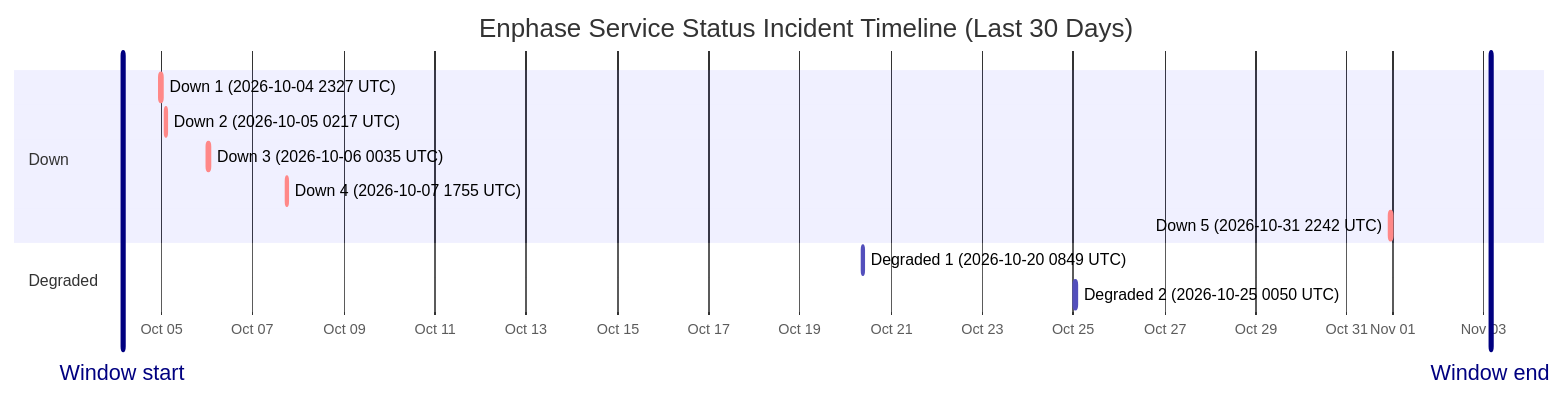
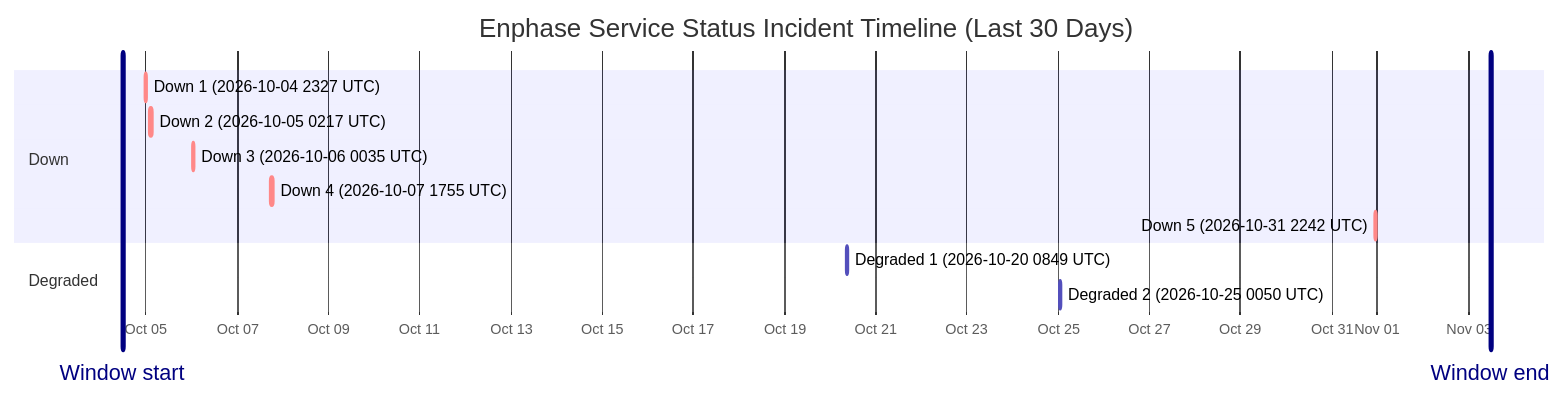
Before and after one commit to barneyonline/ha-enphase-energy: the diagram in wiki/Service-Status-History.md, drawn with Mermaid. The commit also changed other lines of this file and 3 other files, not shown here.

````diff
--- a/wiki/Service-Status-History.md
+++ b/wiki/Service-Status-History.md
@@ -14,17 +14,17 @@
 ```mermaid
 gantt
     title Enphase Service Status Incident Timeline (Last 30 Days)
     dateFormat  YYYY-MM-DDTHH:mm:ss
     axisFormat  %b %d
-    Window start :vert, window-start, 2026-10-04T03:35:15, 0ms
-    Window end :vert, window-end, 2026-11-03T03:35:15, 0ms
+    Window start :vert, window-start, 2026-10-04T11:37:40, 0ms
+    Window end :vert, window-end, 2026-11-03T11:37:40, 0ms
     section Down
     Down 1 (2026-10-04 2327 UTC) :crit, down-1, 2026-10-04T23:27:34, 60m
     Down 2 (2026-10-05 0217 UTC) :crit, down-2, 2026-10-05T02:17:30, 60m
     Down 3 (2026-10-06 0035 UTC) :crit, down-3, 2026-10-06T00:35:21, 60m
     Down 4 (2026-10-07 1755 UTC) :crit, down-4, 2026-10-07T17:55:16, 60m
     Down 5 (2026-10-31 2242 UTC) :crit, down-5, 2026-10-31T22:42:18, 60m
     section Degraded
     Degraded 1 (2026-10-20 0849 UTC) :active, degraded-1, 2026-10-20T08:49:49, 60m
     Degraded 2 (2026-10-25 0050 UTC) :active, degraded-2, 2026-10-25T00:50:01, 60m
 ```
````
